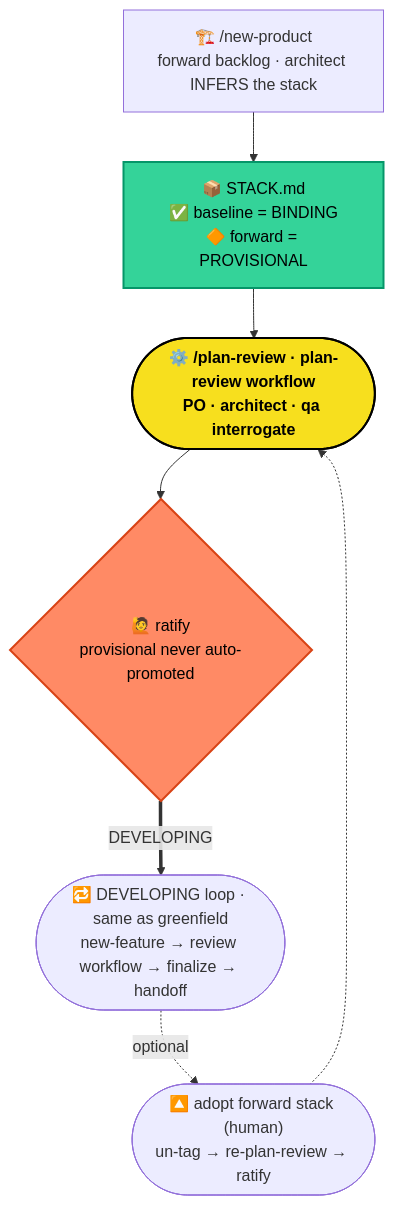
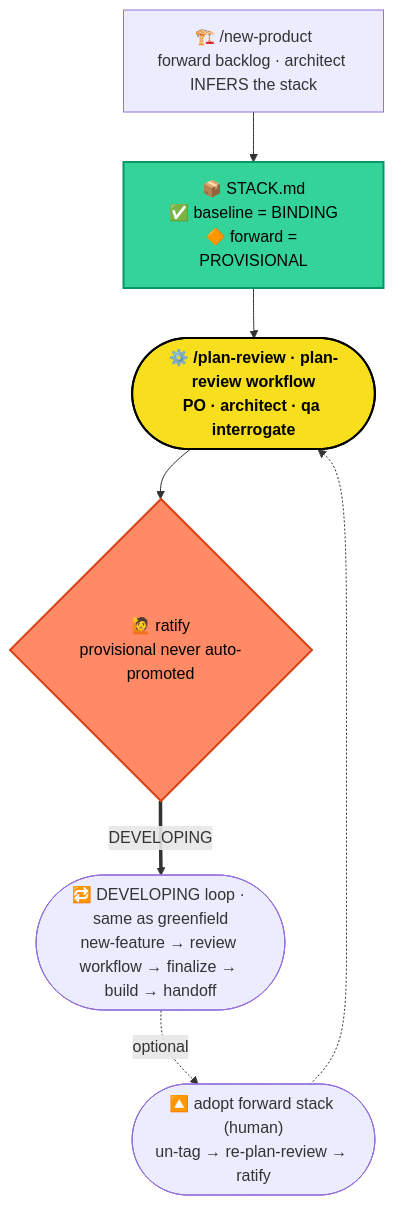
One commit to rocar/build-fleet changed the third of 4 diagrams in README.md. Above: the diagram before and after it, drawn with Mermaid. The commit also changed other lines of this file and 30 other files, not shown here.

First line of the commit message:
feat(commands): safety frontmatter, honest refuse contract, finalize/build split, park + resolve-escalation, scripted splices (§3.22-29)

````diff
--- a/README.md
+++ b/README.md
@@ -109,20 +111,20 @@
 ```mermaid
 flowchart TD
     NP["🏗️ /new-product<br/>forward backlog · architect INFERS the stack"]
     STK["📦 STACK.md<br/>✅ baseline = BINDING<br/>🔶 forward = PROVISIONAL"]
     PR(["⚙️ /plan-review · plan-review workflow<br/>PO · architect · qa interrogate"])
     PF{"🙋 ratify<br/>provisional never auto-promoted"}
-    LOOP(["🔁 DEVELOPING loop · same as greenfield<br/>new-feature → review workflow → finalize → handoff"])
+    LOOP(["🔁 DEVELOPING loop · same as greenfield<br/>new-feature → review workflow → finalize → build → handoff"])
     PROMOTE(["🔼 adopt forward stack (human)<br/>un-tag → re-plan-review → ratify"])
 
     NP --> STK --> PR --> PF
     PF ==>|DEVELOPING| LOOP
     LOOP -.->|optional| PROMOTE -.-> PR
 
     classDef js fill:#f7df1e,color:#000,stroke:#000,stroke-width:2px,font-weight:bold;
     classDef gate fill:#ff8a65,color:#000,stroke:#d84315,stroke-width:2px;
     classDef bind fill:#34d399,color:#000,stroke:#059669,stroke-width:2px;
     class PR js;
     class PF gate;
     class STK bind;
 ```
````
